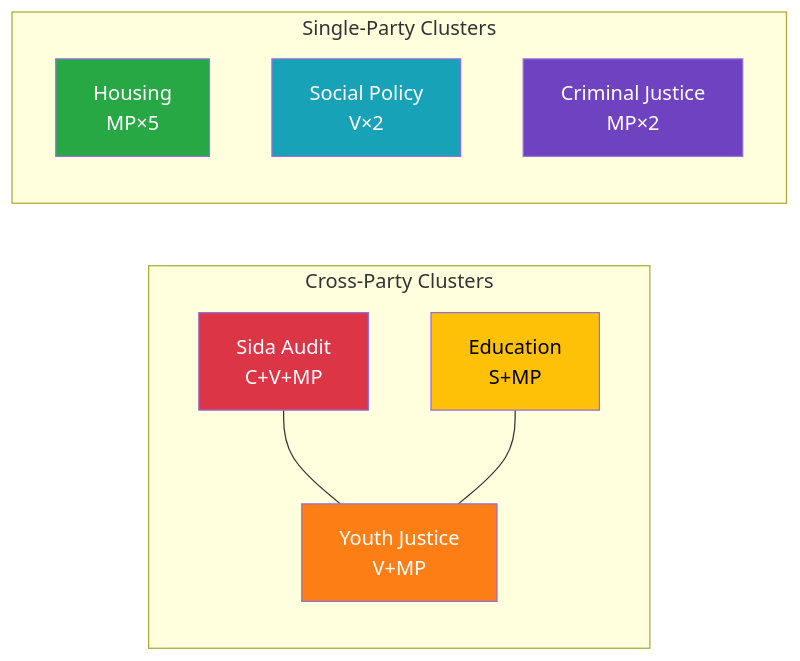
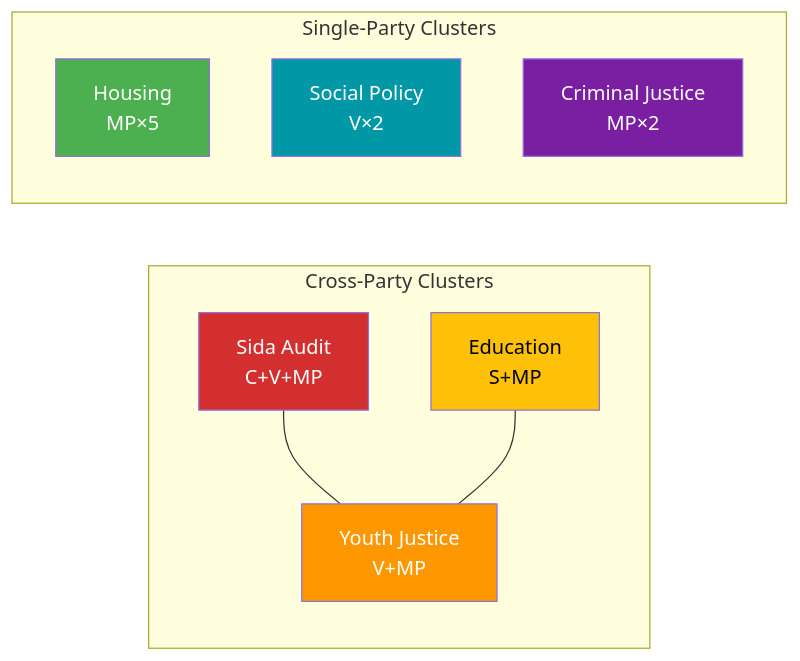
The diagram in analysis/daily/2026-04-14/motions/cross-reference-map.md (Hack23/riksdagsmonitor), drawn with Mermaid before and after one commit. The commit also changed 785 other files, not shown here.

First line of the commit message:
Normalize mermaid colors across 786 analysis artifacts to ISMS Style Guide palette

````diff
--- a/analysis/daily/2026-04-14/motions/cross-reference-map.md
+++ b/analysis/daily/2026-04-14/motions/cross-reference-map.md
@@ -52,21 +52,21 @@
 ```mermaid
 graph LR
     subgraph "Cross-Party Clusters"
         SIDA["Sida Audit<br/>C+V+MP"]
         YOUTH["Youth Justice<br/>V+MP"]
         EDU["Education<br/>S+MP"]
     end
     subgraph "Single-Party Clusters"
         HOUSE["Housing<br/>MP×5"]
         SOCIAL["Social Policy<br/>V×2"]
         CRIME["Criminal Justice<br/>MP×2"]
     end
     SIDA --- YOUTH
     EDU --- YOUTH
-    style SIDA fill:#dc3545,color:#fff
-    style YOUTH fill:#fd7e14,color:#fff
-    style EDU fill:#ffc107,color:#000
-    style HOUSE fill:#28a745,color:#fff
-    style SOCIAL fill:#17a2b8,color:#fff
-    style CRIME fill:#6f42c1,color:#fff
+    style SIDA fill:#D32F2F,color:#FFFFFF
+    style YOUTH fill:#FF9800,color:#FFFFFF
+    style EDU fill:#FFC107,color:#000000
+    style HOUSE fill:#4CAF50,color:#FFFFFF
+    style SOCIAL fill:#0097A7,color:#FFFFFF
+    style CRIME fill:#7B1FA2,color:#FFFFFF
 ```
````
